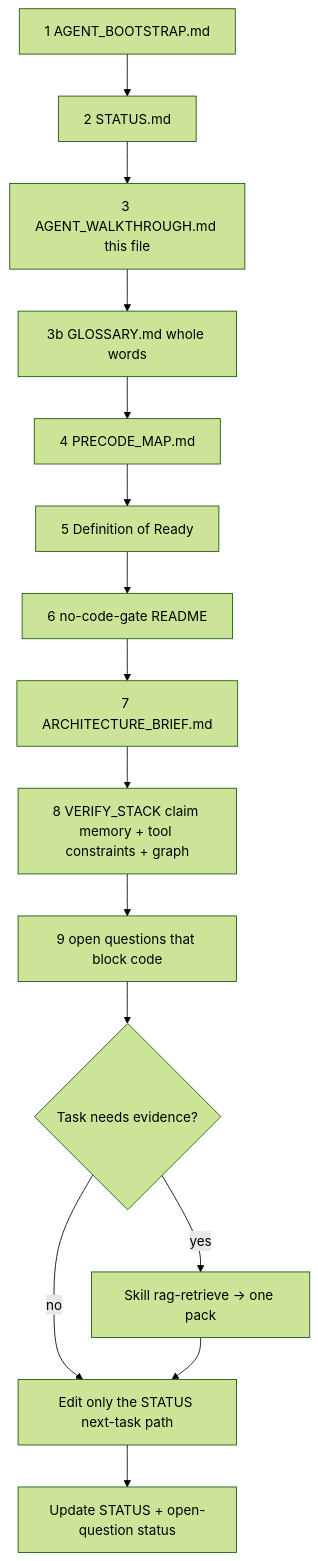
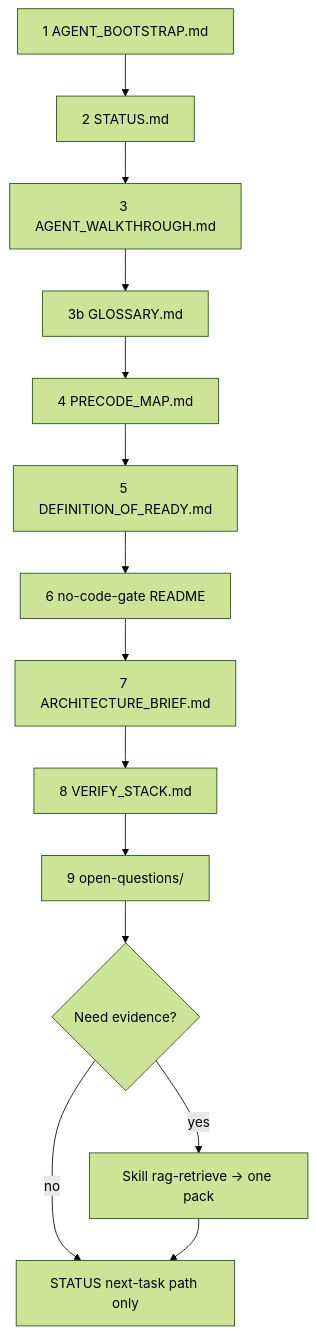
The diagram in ports/verified-architecture/AGENT_WALKTHROUGH.md (huntyyyyyy/spring-boot-doc-agent), drawn with Mermaid (forest theme) before and after one commit. The commit also changed other lines of this file and 124 other files, not shown here.

First line of the commit message:
docs(verified-architecture): parallel predicate-prose rewrite (partitions A–F)

````diff
--- a/ports/verified-architecture/AGENT_WALKTHROUGH.md
+++ b/ports/verified-architecture/AGENT_WALKTHROUGH.md
@@ -31,17 +23,16 @@
 ```mermaid
 flowchart TD
   A[1 AGENT_BOOTSTRAP.md] --> B[2 STATUS.md]
-  B --> C[3 AGENT_WALKTHROUGH.md this file]
-  C --> GLOSS[3b GLOSSARY.md whole words]
+  B --> C[3 AGENT_WALKTHROUGH.md]
+  C --> GLOSS[3b GLOSSARY.md]
   GLOSS --> D[4 PRECODE_MAP.md]
-  D --> E[5 Definition of Ready]
+  D --> E[5 DEFINITION_OF_READY.md]
   E --> F[6 no-code-gate README]
   F --> G[7 ARCHITECTURE_BRIEF.md]
-  G --> H[8 VERIFY_STACK claim memory + tool constraints + graph]
-  H --> I[9 open questions that block code]
-  I --> J{Task needs evidence?}
+  G --> H[8 VERIFY_STACK.md]
+  H --> I[9 open-questions/]
+  I --> J{Need evidence?}
   J -->|yes| K[Skill rag-retrieve → one pack]
-  J -->|no| L[Edit only the STATUS next-task path]
+  J -->|no| L[STATUS next-task path only]
   K --> L
-  L --> M[Update STATUS + open-question status]
 ```
````
